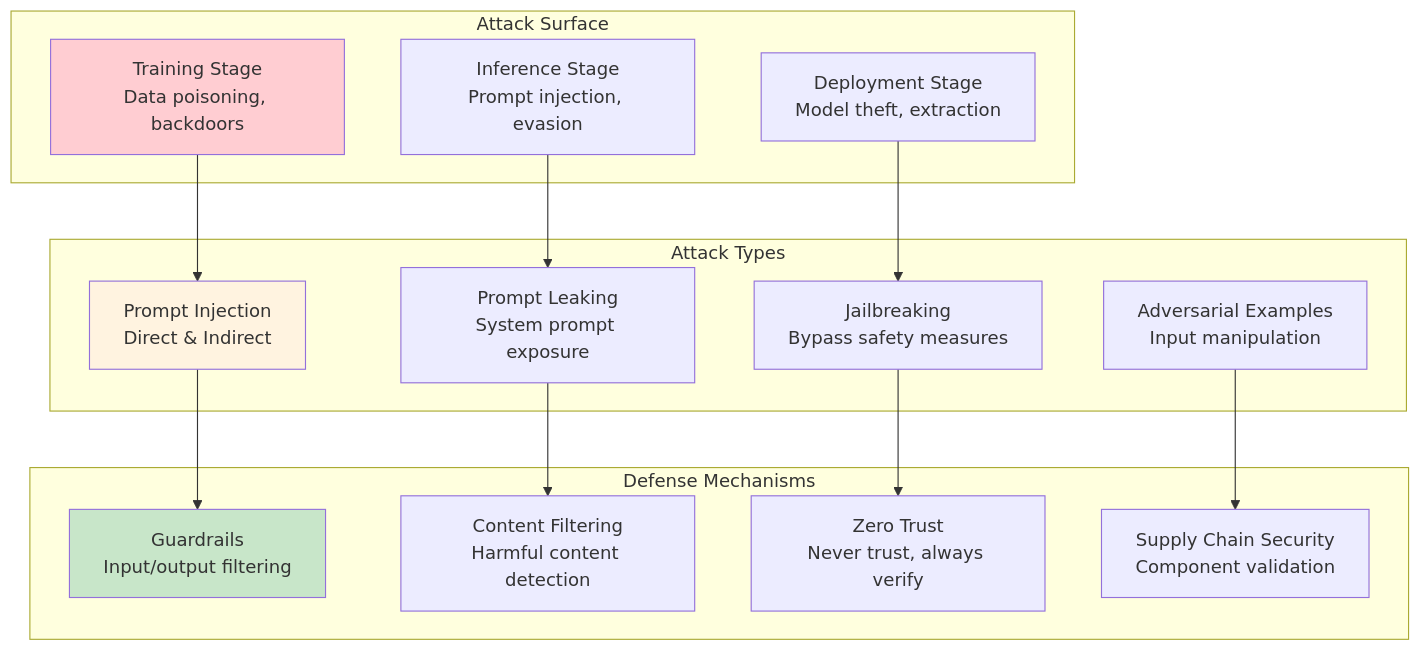
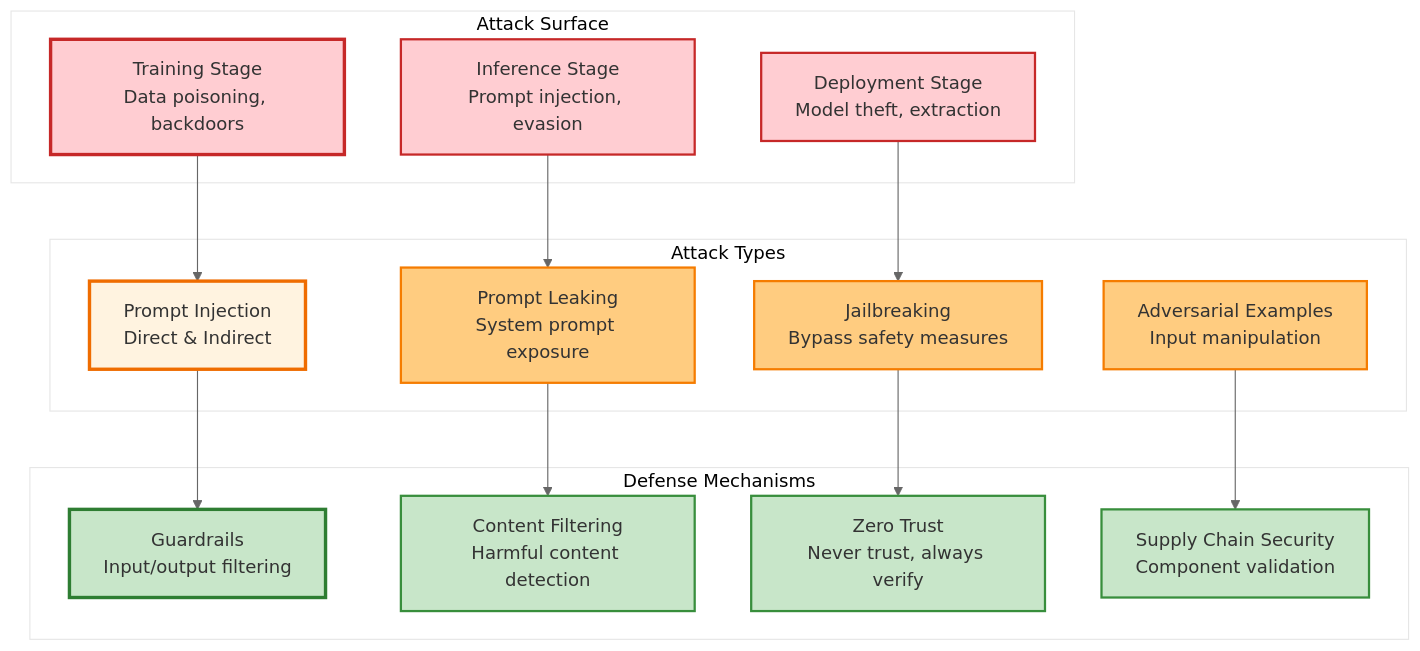
One commit to kishorekkota/kishorekkota.github.io changed the ninth of 28 diagrams in llm_ai/ai_concepts_visualizations.md. Above: the diagram before and after it, drawn with Mermaid. The commit also changed other lines of this file and 5 other files, not shown here.

First line of the commit message:
Enhance Mermaid diagrams and fix syntax errors

````diff
--- a/llm_ai/ai_concepts_visualizations.md
+++ b/llm_ai/ai_concepts_visualizations.md
@@ -320,34 +425,45 @@
 ```mermaid
+%%{init: {'theme':'base', 'themeVariables': { 'primaryColor': '#ffffff', 'primaryTextColor': '#333333', 'primaryBorderColor': '#cccccc', 'lineColor': '#666666'}}}%%
 graph TB
     subgraph "Attack Surface"
         TS[Training Stage<br/>Data poisoning, backdoors]
         IS[Inference Stage<br/>Prompt injection, evasion]
         DS[Deployment Stage<br/>Model theft, extraction]
     end
     
     subgraph "Attack Types"
         PI[Prompt Injection<br/>Direct & Indirect]
         PL[Prompt Leaking<br/>System prompt exposure]
         JB[Jailbreaking<br/>Bypass safety measures]
         ADV[Adversarial Examples<br/>Input manipulation]
     end
     
     subgraph "Defense Mechanisms"
         GR[Guardrails<br/>Input/output filtering]
         CF[Content Filtering<br/>Harmful content detection]
         ZT[Zero Trust<br/>Never trust, always verify]
         SC[Supply Chain Security<br/>Component validation]
     end
     
     TS --> PI
     IS --> PL
     DS --> JB
     PI --> GR
     PL --> CF
     JB --> ZT
     ADV --> SC
     
-    style TS fill:#ffcdd2
-    style PI fill:#fff3e0
-    style GR fill:#c8e6c9
+    style TS fill:#ffcdd2,stroke:#c62828,stroke-width:3px
+    style PI fill:#fff3e0,stroke:#ef6c00,stroke-width:3px
+    style GR fill:#c8e6c9,stroke:#2e7d32,stroke-width:3px
+    style IS fill:#ffcdd2,stroke:#c62828,stroke-width:2px
+    style DS fill:#ffcdd2,stroke:#c62828,stroke-width:2px
+    style PL fill:#ffcc80,stroke:#f57c00,stroke-width:2px
+    style JB fill:#ffcc80,stroke:#f57c00,stroke-width:2px
+    style ADV fill:#ffcc80,stroke:#f57c00,stroke-width:2px
+    style CF fill:#c8e6c9,stroke:#388e3c,stroke-width:2px
+    style ZT fill:#c8e6c9,stroke:#388e3c,stroke-width:2px
+    style SC fill:#c8e6c9,stroke:#388e3c,stroke-width:2px
+
+
 ```
````
